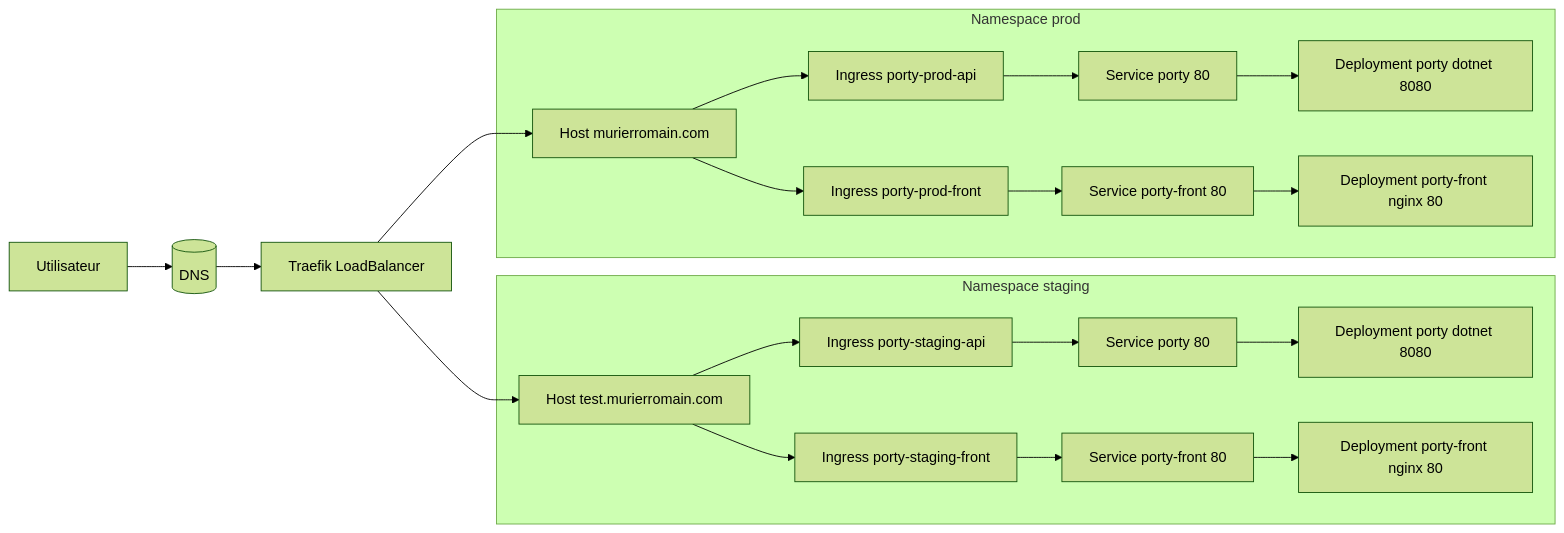
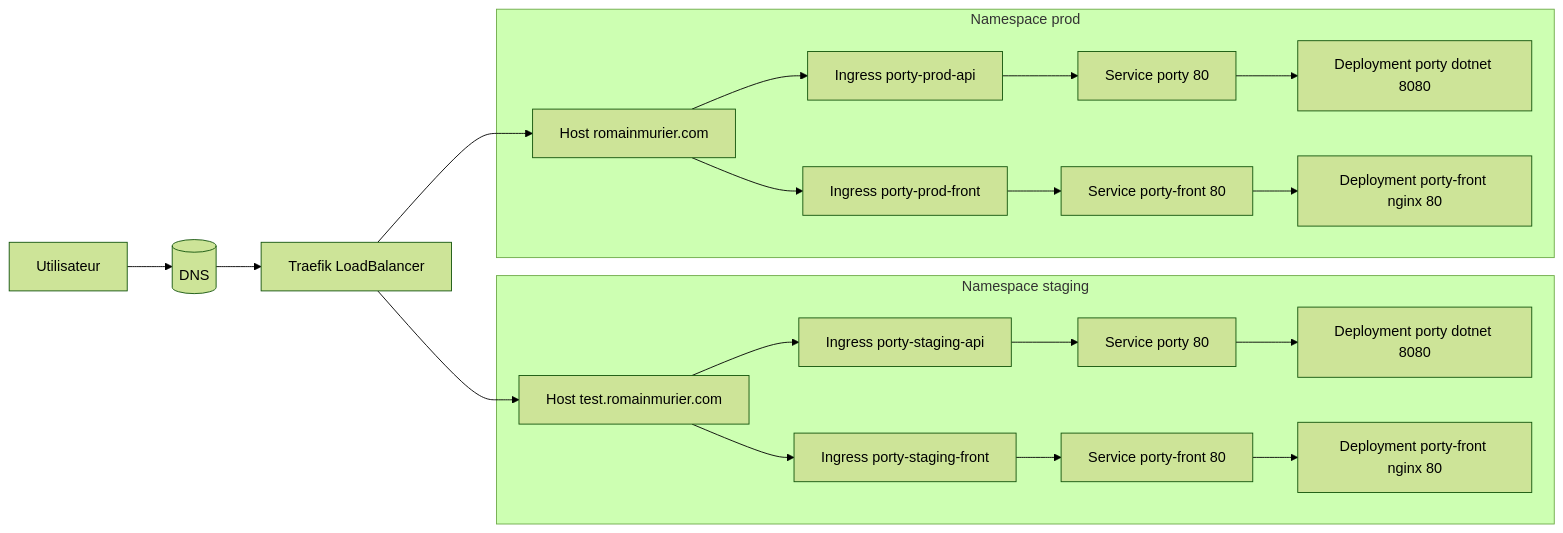
The first of 2 diagrams in Readme.md (RMurier/porty), drawn with Mermaid (forest theme) before and after one commit. The commit also changed other lines of this file and 76 other files, not shown here.

````diff
--- a/Readme.md
+++ b/Readme.md
@@ -35,35 +35,35 @@
 ```mermaid
 flowchart LR
   U[Utilisateur] --> DNS[(DNS)]
   DNS --> LB[Traefik LoadBalancer]
 
   subgraph STAGING[Namespace staging]
-    H_STG[Host test.murierromain.com]
+    H_STG[Host test.romainmurier.com]
     ING_STG_API[Ingress porty-staging-api]
     ING_STG_FRONT[Ingress porty-staging-front]
     SVC_STG_API[Service porty 80]
     SVC_STG_FRONT[Service porty-front 80]
     DEP_STG_API[Deployment porty dotnet 8080]
     DEP_STG_FRONT[Deployment porty-front nginx 80]
     ING_STG_API --> SVC_STG_API --> DEP_STG_API
     ING_STG_FRONT --> SVC_STG_FRONT --> DEP_STG_FRONT
   end
 
   subgraph PROD[Namespace prod]
-    H_PROD[Host murierromain.com]
+    H_PROD[Host romainmurier.com]
     ING_PROD_API[Ingress porty-prod-api]
     ING_PROD_FRONT[Ingress porty-prod-front]
     SVC_PROD_API[Service porty 80]
     SVC_PROD_FRONT[Service porty-front 80]
     DEP_PROD_API[Deployment porty dotnet 8080]
     DEP_PROD_FRONT[Deployment porty-front nginx 80]
     ING_PROD_API --> SVC_PROD_API --> DEP_PROD_API
     ING_PROD_FRONT --> SVC_PROD_FRONT --> DEP_PROD_FRONT
   end
 
   LB --> H_STG --> ING_STG_API
   H_STG --> ING_STG_FRONT
 
   LB --> H_PROD --> ING_PROD_API
   H_PROD --> ING_PROD_FRONT
 ```
````
